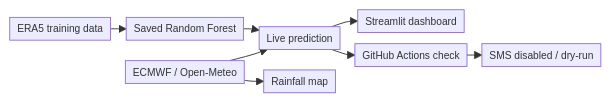
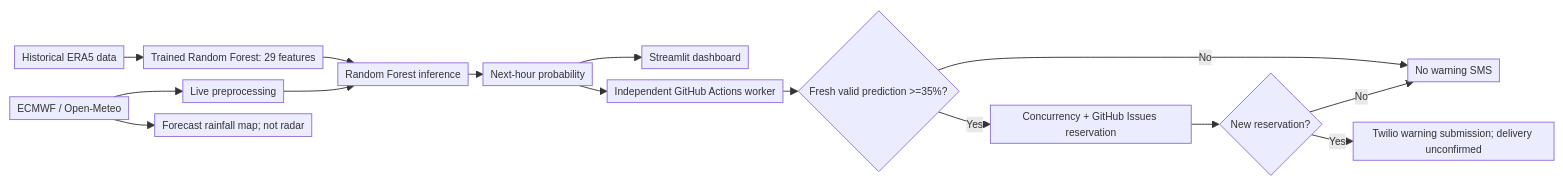
The diagram in README.md (mdvar2/matatiele-storm-early-warning-system), drawn with Mermaid before and after one commit. The commit also changed other lines of this file and 1 other file, not shown here.

Commit message:
Update Beta documentation for verified live SMS automation

````diff
--- a/README.md
+++ b/README.md
@@ -32,11 +32,18 @@
 ```mermaid
 %%{init: {"themeVariables": {"fontSize": "11px"}, "flowchart": {"nodeSpacing": 12, "rankSpacing": 16, "padding": 4, "diagramPadding": 4, "useMaxWidth": true}}}%%
 flowchart LR
-    A["ERA5 training data"] --> B["Saved Random Forest"]
-    C["ECMWF / Open-Meteo"] --> D["Live prediction"]
-    B --> D
-    D --> E["Streamlit dashboard"]
-    C --> F["Rainfall map"]
-    D --> G["GitHub Actions check"]
-    G --> H["SMS disabled / dry-run"]
+    A["Historical ERA5 data"] --> B["Trained Random Forest: 29 features"]
+    C["ECMWF / Open-Meteo"] --> D["Live preprocessing"]
+    B --> E["Random Forest inference"]
+    D --> E
+    E --> P["Next-hour probability"]
+    P --> F["Streamlit dashboard"]
+    C --> M["Forecast rainfall map; not radar"]
+    P --> G["Independent GitHub Actions worker"]
+    G --> H{"Fresh valid prediction >=35%?"}
+    H -->|No| N["No warning SMS"]
+    H -->|Yes| I["Concurrency + GitHub Issues reservation"]
+    I --> J{"New reservation?"}
+    J -->|No| N
+    J -->|Yes| K["Twilio warning submission; delivery unconfirmed"]
 ```
````
